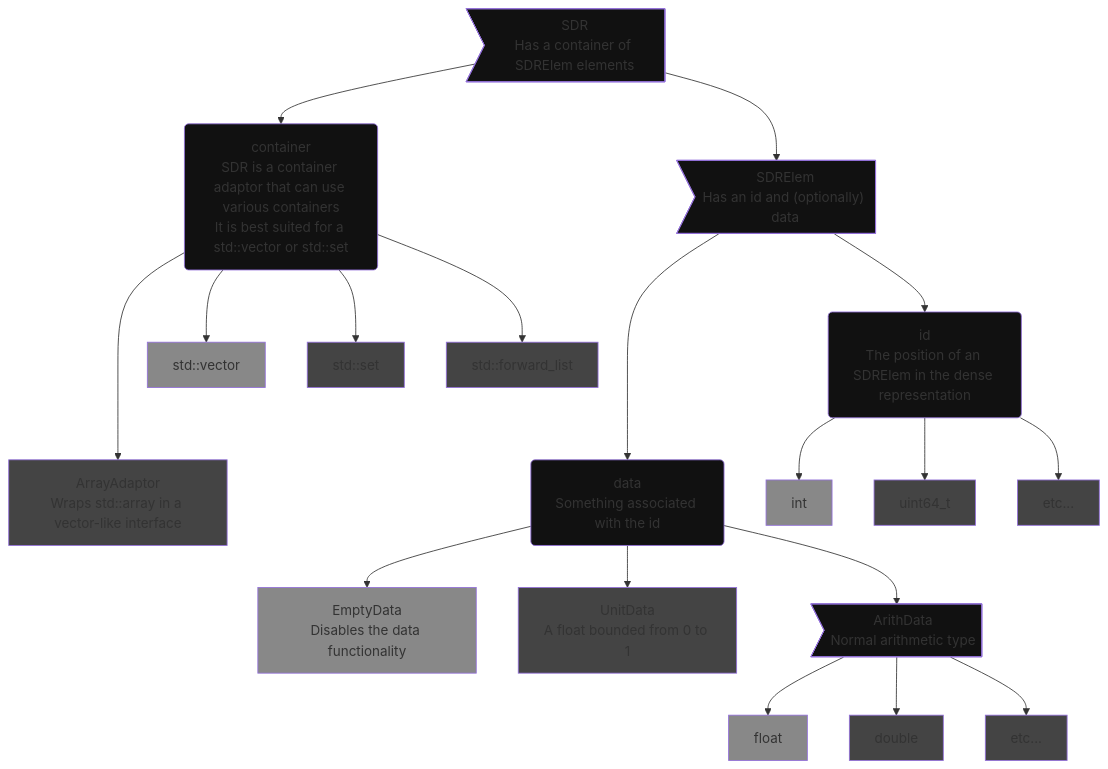
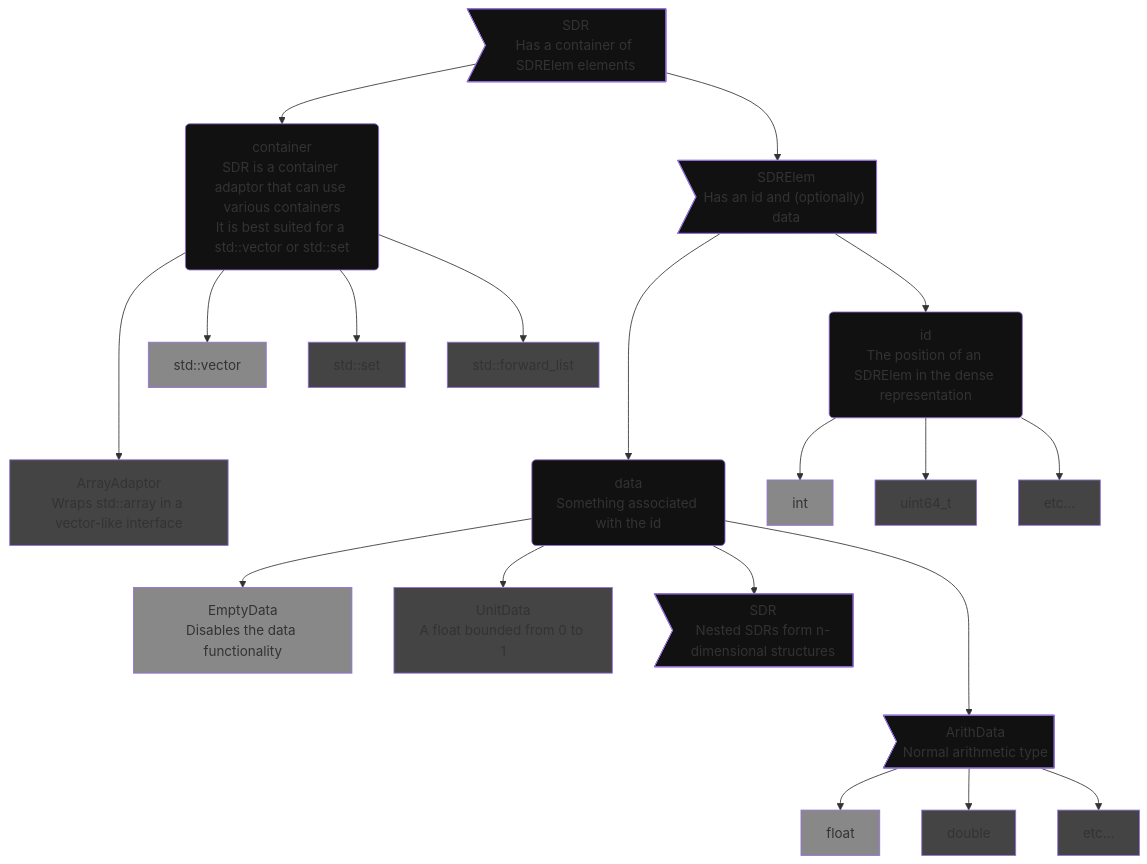
Before and after one commit to jagprog5/SDR: the second of 2 diagrams in README.md, drawn with Mermaid. The commit also changed 1 other file, not shown here.

````diff
--- a/README.md
+++ b/README.md
@@ -103,58 +103,61 @@
 ```mermaid
 flowchart TB
     SDR>"SDR\nHas a container of SDRElem elements"]
     SDRElem>"SDRElem\nHas an id and (optionally) data"]
     container("container\nSDR is a container adaptor that can use various containers\nIt is best suited for a std::vector or std::set")
     ArrayAdaptor["ArrayAdaptor\nWraps std::array in a vector-like interface"]
     EmptyData["EmptyData\nDisables the data functionality"]
     UnitData["UnitData\nA float bounded from 0 to 1"]
     ArithData>"ArithData\nNormal arithmetic type"]
+    SDR2>"SDR\nNested SDRs form n-dimensional structures"]
     id("id\nThe position of an SDRElem in the dense representation")
     data("data\nSomething associated with the id")
 
     SDR-->SDRElem
     SDR-->container
     container-->std::vector
     container-->std::set
     container-->std::forward_list
     container--->ArrayAdaptor
 
     SDRElem--->data
     SDRElem-->id
 
     id-->int
     id-->uint64_t
     id-->etc...
 
     data-->EmptyData
     data-->UnitData
-    data-->ArithData
+    data--->ArithData
+    data-->SDR2
 
     ArithData-->float
     ArithData-->double
     etc2["etc..."]
     ArithData-->etc2
 
 style SDR fill:#111
 style container fill:#111
 style SDRElem fill:#111
 style id fill:#111
 style data fill:#111
 
 style ArrayAdaptor fill:#444
 style std::set fill:#444
 style std::forward_list fill:#444
 style UnitData fill:#444
 style ArithData fill:#111
 style uint64_t fill:#444
 style etc... fill:#444
+style SDR2 fill:#111
 
 style std::vector fill:#888
 style EmptyData fill:#888
 style int fill:#888
 
 style float fill:#888
 style double fill:#444
 style etc2 fill:#444
 
 ```
````
